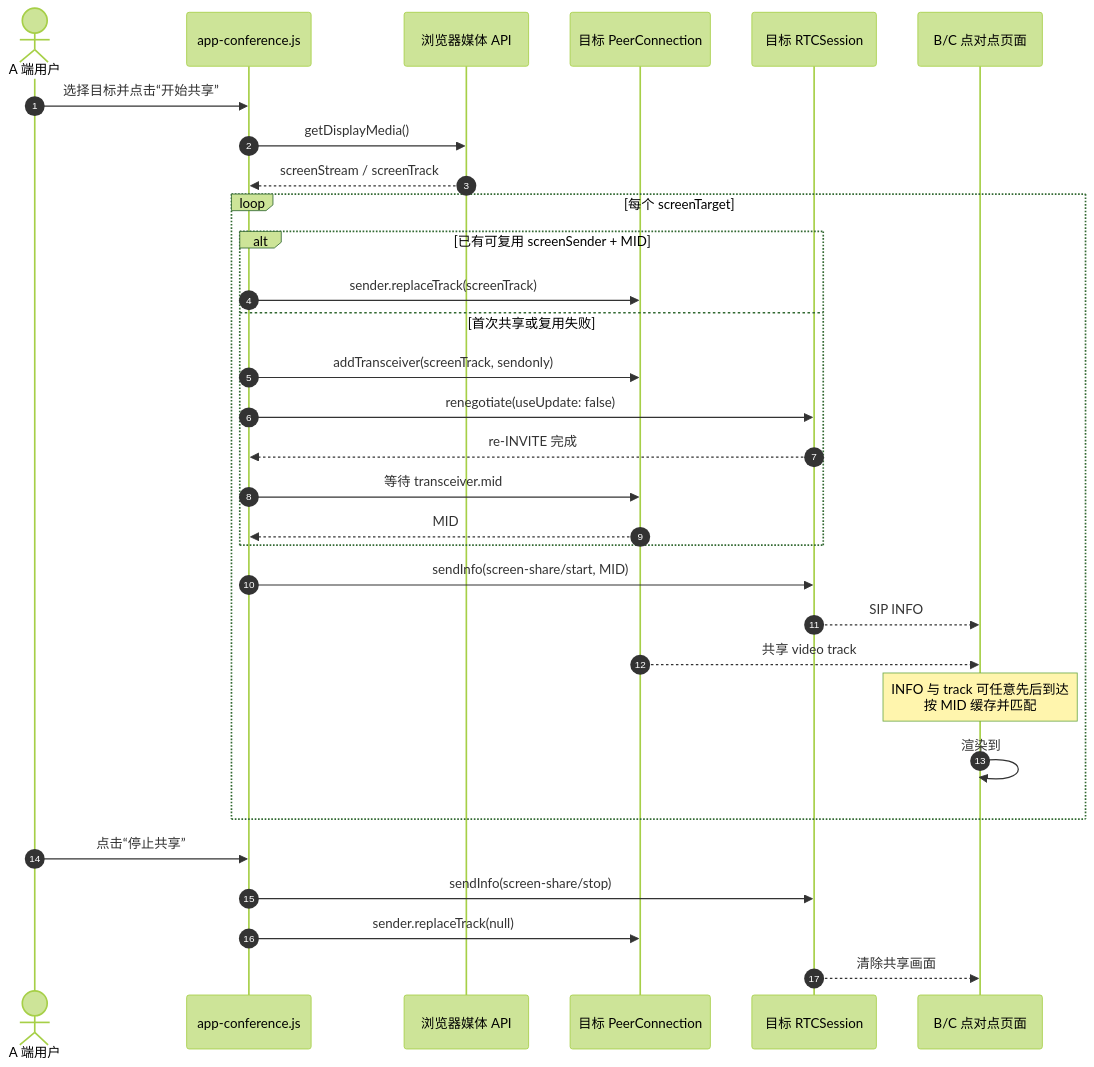
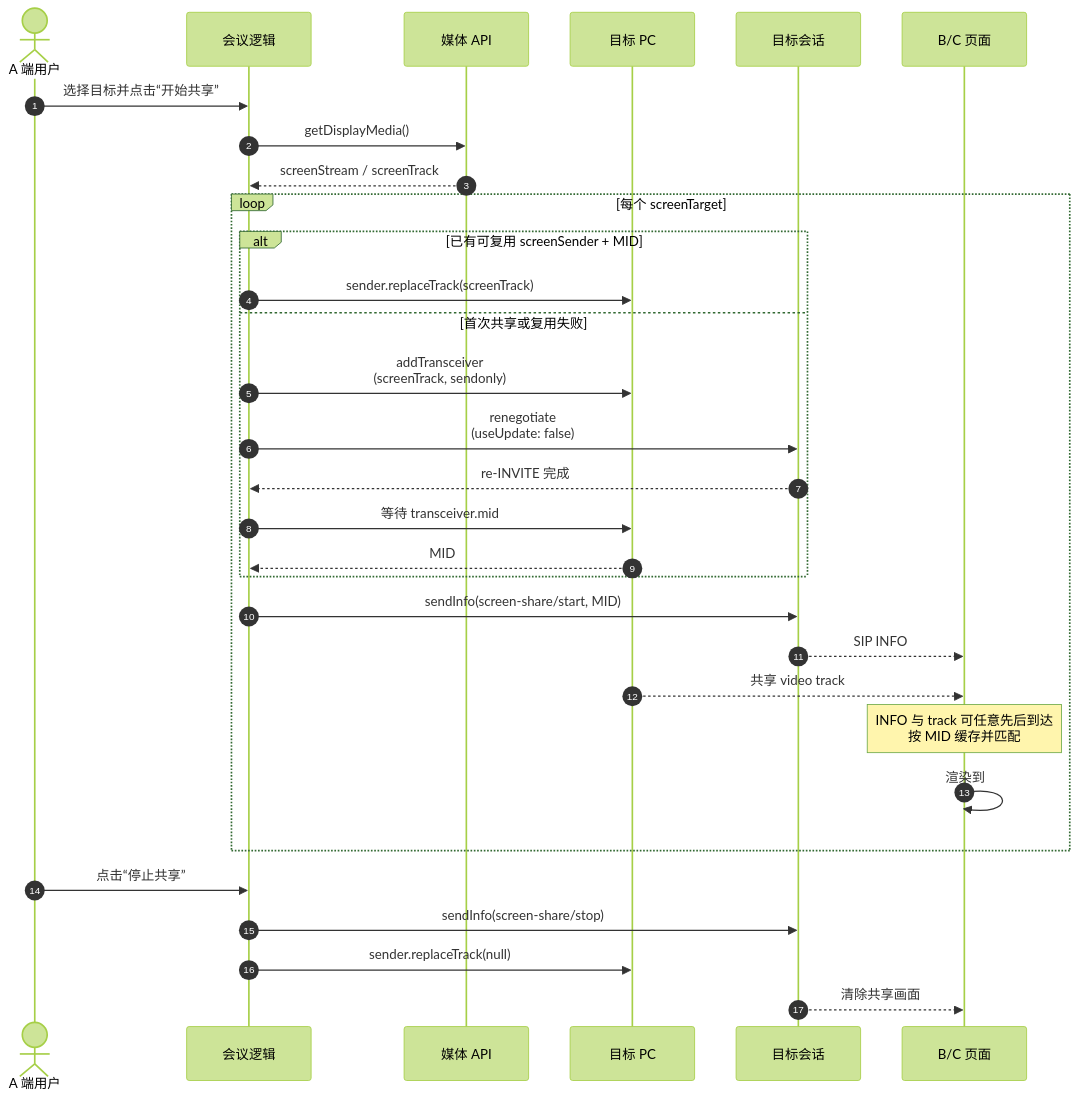
The eighth of 17 diagrams in docs/app-conference-guide.md (lei40251/JsSIP), drawn with Mermaid (forest theme) before and after one commit. The commit also changed other lines of this file and 1 other file, not shown here.

````diff
--- a/docs/app-conference-guide.md
+++ b/docs/app-conference-guide.md
@@ -558,36 +584,36 @@
 ```mermaid
 sequenceDiagram
   autonumber
   actor User as A 端用户
-  participant Conf as app-conference.js
-  participant Browser as 浏览器媒体 API
-  participant PC as 目标 PeerConnection
-  participant Session as 目标 RTCSession
-  participant Remote as B/C 点对点页面
+  participant Conf as 会议逻辑
+  participant Browser as 媒体 API
+  participant PC as 目标 PC
+  participant Session as 目标会话
+  participant Remote as B/C 页面
 
   User->>Conf: 选择目标并点击“开始共享”
   Conf->>Browser: getDisplayMedia()
   Browser-->>Conf: screenStream / screenTrack
 
   loop 每个 screenTarget
     alt 已有可复用 screenSender + MID
       Conf->>PC: sender.replaceTrack(screenTrack)
     else 首次共享或复用失败
-      Conf->>PC: addTransceiver(screenTrack, sendonly)
-      Conf->>Session: renegotiate(useUpdate: false)
+        Conf->>PC: addTransceiver<br/>(screenTrack, sendonly)
+        Conf->>Session: renegotiate<br/>(useUpdate: false)
       Session-->>Conf: re-INVITE 完成
       Conf->>PC: 等待 transceiver.mid
       PC-->>Conf: MID
     end
     Conf->>Session: sendInfo(screen-share/start, MID)
     Session-->>Remote: SIP INFO
     PC-->>Remote: 共享 video track
     Note over Remote: INFO 与 track 可任意先后到达<br/>按 MID 缓存并匹配
     Remote->>Remote: 渲染到 #remoteVideo2
   end
 
   User->>Conf: 点击“停止共享”
   Conf->>Session: sendInfo(screen-share/stop)
   Conf->>PC: sender.replaceTrack(null)
   Session-->>Remote: 清除共享画面
 ```
````
